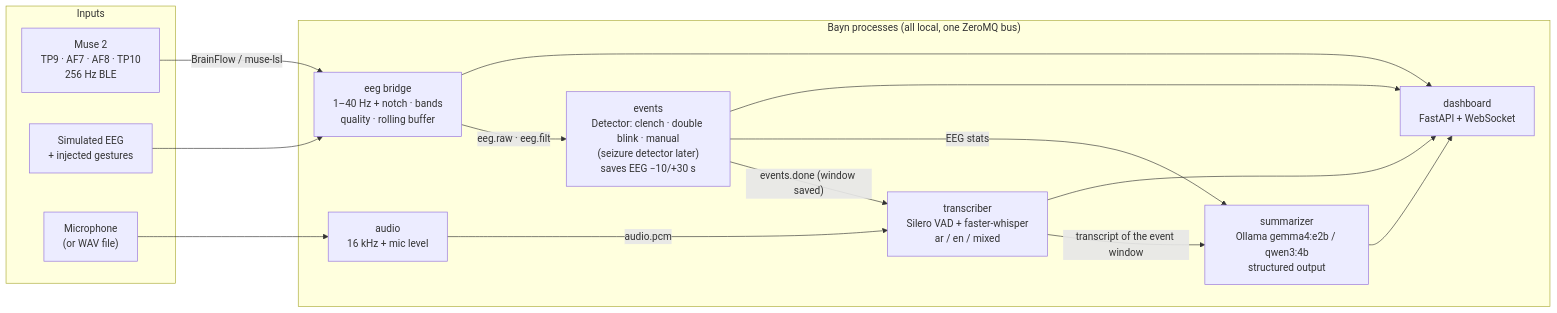
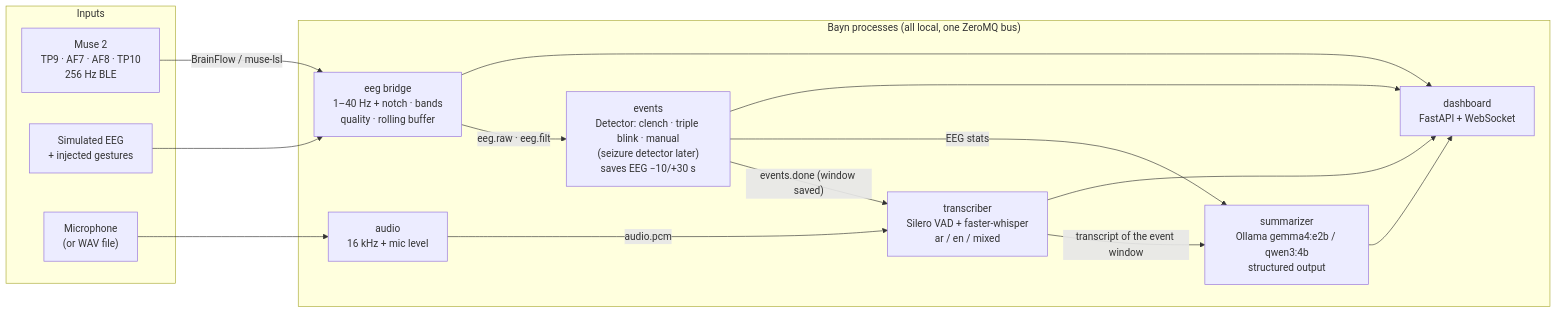
One commit to Omar0Rawas/bayn changed the diagram in README.md. Above: the diagram before and after it, drawn with Mermaid. The commit also changed other lines of this file and 33 other files, not shown here.

First line of the commit message:
Phase 6: triple-blink trigger, learned blink signal, "is ML necessary?" decision

````diff
--- a/README.md
+++ b/README.md
@@ -38,28 +38,28 @@
 ```mermaid
 flowchart LR
     subgraph In["Inputs"]
         MUSE["Muse 2<br/>TP9 · AF7 · AF8 · TP10<br/>256 Hz BLE"]
         SIM["Simulated EEG<br/>+ injected gestures"]
         MIC["Microphone<br/>(or WAV file)"]
     end
     MUSE -->|BrainFlow / muse-lsl| BRIDGE
     SIM --> BRIDGE
     MIC --> AUDIO
     subgraph Bayn["Bayn processes (all local, one ZeroMQ bus)"]
         BRIDGE["eeg bridge<br/>1–40 Hz + notch · bands<br/>quality · rolling buffer"]
-        EVENTS["events<br/>Detector: clench · double blink · manual<br/>(seizure detector later)<br/>saves EEG −10/+30 s"]
+        EVENTS["events<br/>Detector: clench · triple blink · manual<br/>(seizure detector later)<br/>saves EEG −10/+30 s"]
         AUDIO["audio<br/>16 kHz + mic level"]
         STT["transcriber<br/>Silero VAD + faster-whisper<br/>ar / en / mixed"]
         SUM["summarizer<br/>Ollama gemma4:e2b / qwen3:4b<br/>structured output"]
         UI["dashboard<br/>FastAPI + WebSocket"]
     end
     BRIDGE -->|eeg.raw · eeg.filt| EVENTS
     AUDIO -->|audio.pcm| STT
     EVENTS -->|"events.done (window saved)"| STT
     STT -->|"transcript of the event window"| SUM
     EVENTS -->|EEG stats| SUM
     BRIDGE --> UI
     EVENTS --> UI
     STT --> UI
     SUM --> UI
 ```
````
